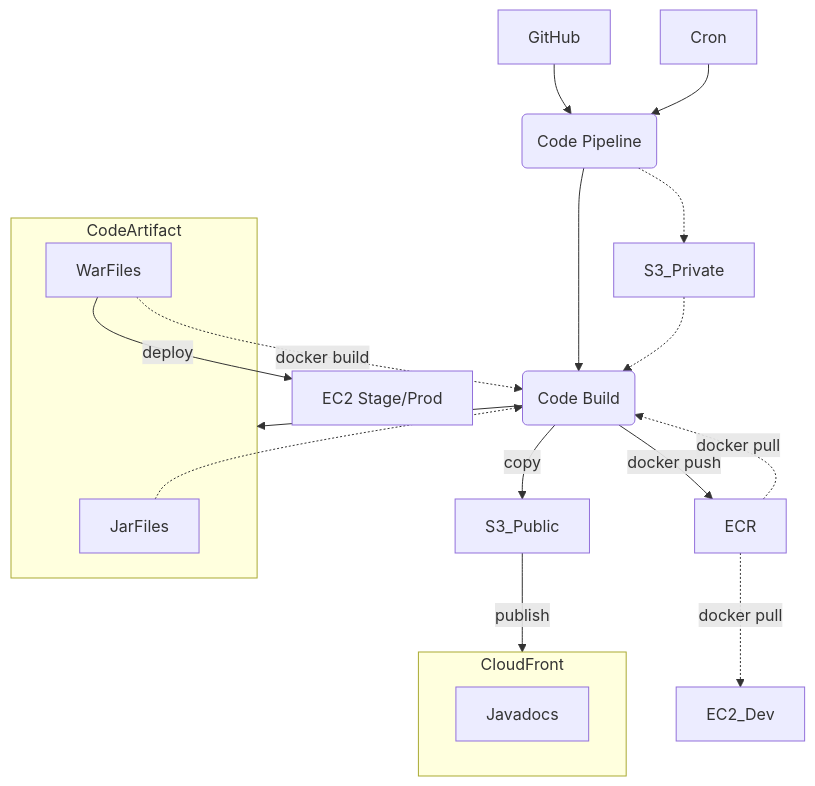
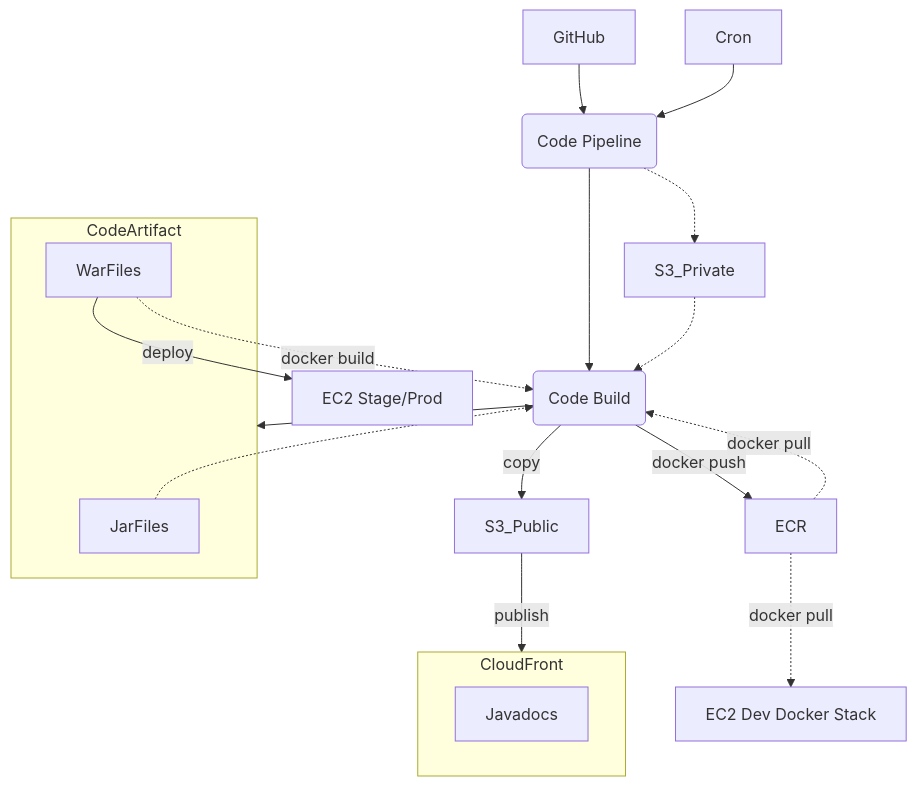
Before and after one commit to CDLUC3/mrt-doc: the first of 6 diagrams in design/aws-build/README.md, drawn with Mermaid. The commit also changed other lines of this file, not shown here.

````diff
--- a/design/aws-build/README.md
+++ b/design/aws-build/README.md
@@ -12,30 +12,31 @@
 ```mermaid
 graph TD
   GitHub --> Pipeline
   Cron --> Pipeline
   Pipeline(Code Pipeline)
   Pipeline --> Build
   Build(Code Build)
   S3_Private
   S3_Public
   Build --> CodeArtifact
   Build --> |copy| S3_Public
   S3_Public --> |publish| CloudFront
   Build --> |docker push| ECR
   Pipeline -.-> S3_Private
   S3_Private -.-> Build
   ECR
   ECR -.-> |docker pull| EC2_Dev
   ECR -.-> |docker pull| Build
   subgraph CodeArtifact
     JarFiles
     WarFiles
   end
   EC2[EC2 Stage/Prod]
+  EC2_Dev[EC2 Dev Docker Stack]
   WarFiles --> |deploy| EC2
   WarFiles -.-> |docker build| Build
   JarFiles -.-> Build
   subgraph CloudFront
     Javadocs
   end
 ```
````
